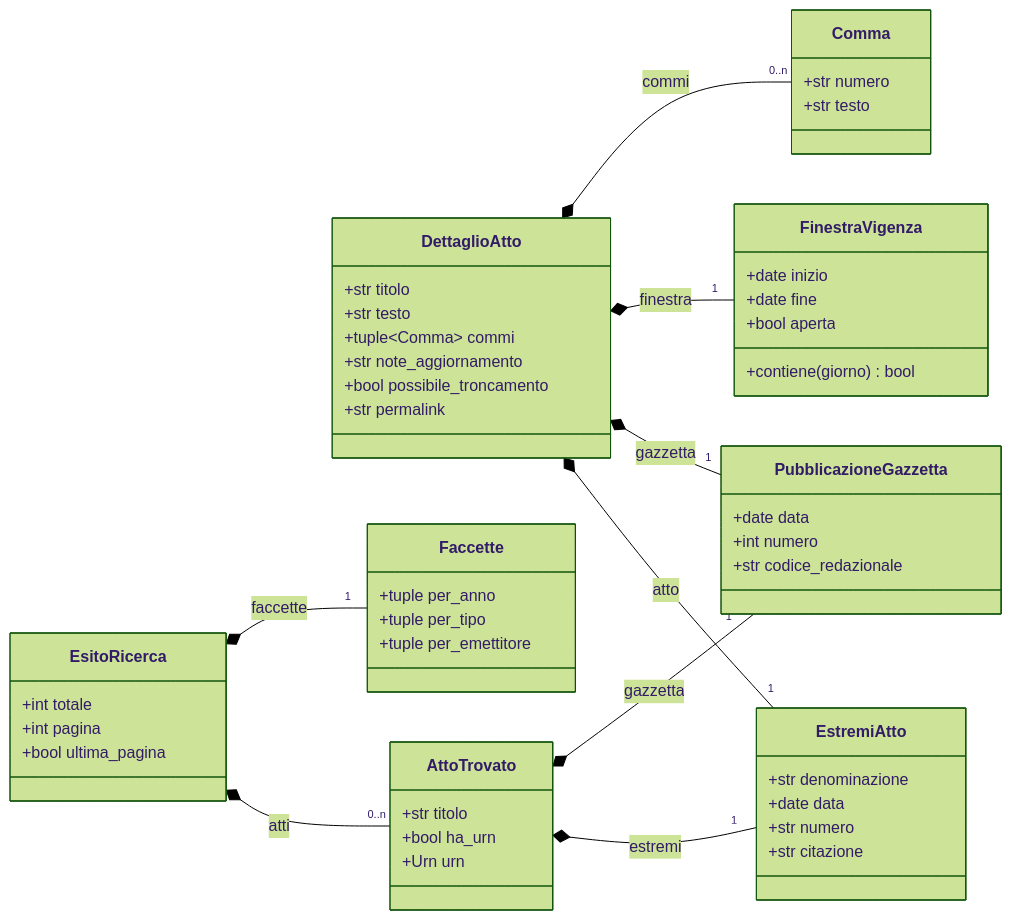
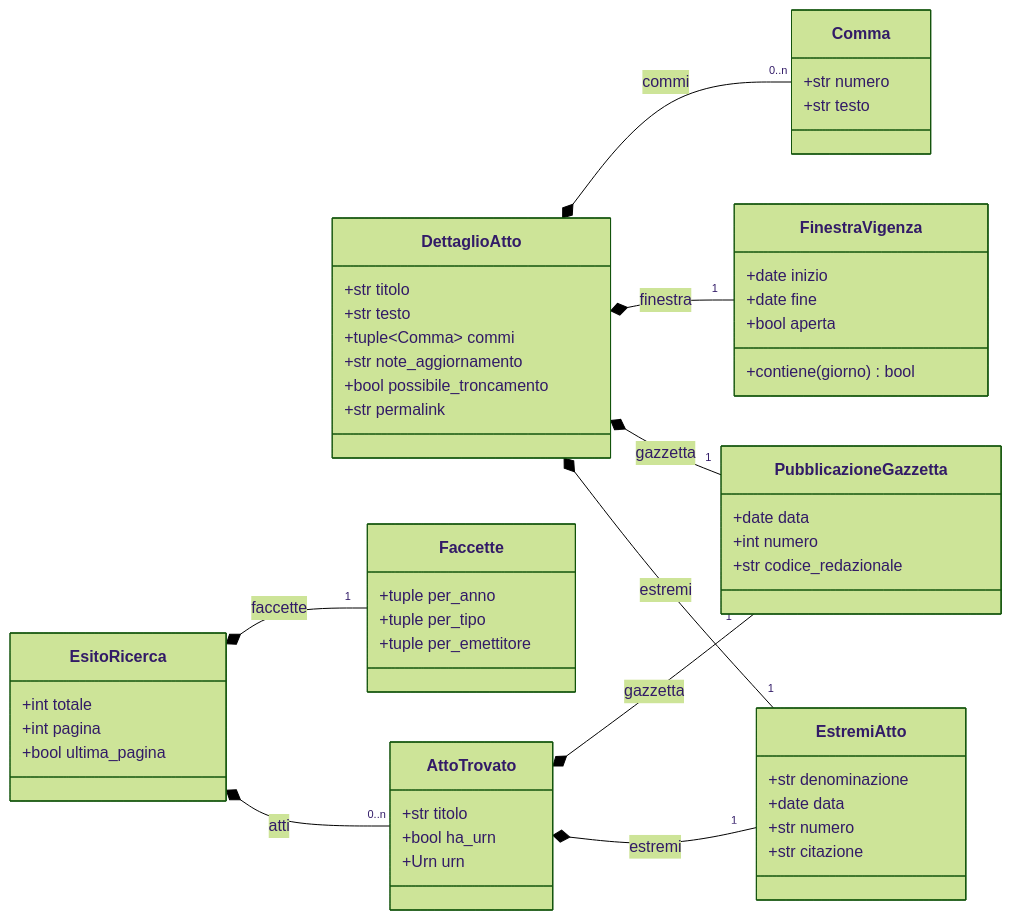
Before and after one commit to IreneBurresi/normattiva-sdk: the first of 2 diagrams in docs/riferimento/modelli.md, drawn with Mermaid (forest theme). The commit also changed 10 other files, not shown here.

First line of the commit message:
refactor(modelli): rinomina atto in estremi su DettaglioAtto

````diff
--- a/docs/riferimento/modelli.md
+++ b/docs/riferimento/modelli.md
@@ -21,57 +21,57 @@
 ```mermaid
 classDiagram
     direction LR
     class DettaglioAtto {
         +str titolo
         +str testo
         +tuple~Comma~ commi
         +str note_aggiornamento
         +bool possibile_troncamento
         +str permalink
     }
     class EstremiAtto {
         +str denominazione
         +date data
         +str numero
         +str citazione
     }
     class PubblicazioneGazzetta {
         +date data
         +int numero
         +str codice_redazionale
     }
     class FinestraVigenza {
         +date inizio
         +date fine
         +bool aperta
         +contiene(giorno) bool
     }
     class Comma {
         +str numero
         +str testo
     }
     class EsitoRicerca {
         +int totale
         +int pagina
         +bool ultima_pagina
     }
     class AttoTrovato {
         +str titolo
         +bool ha_urn
         +Urn urn
     }
     class Faccette {
         +tuple per_anno
         +tuple per_tipo
         +tuple per_emettitore
     }
 
-    DettaglioAtto *-- "1" EstremiAtto : atto
+    DettaglioAtto *-- "1" EstremiAtto : estremi
     DettaglioAtto *-- "1" PubblicazioneGazzetta : gazzetta
     DettaglioAtto *-- "1" FinestraVigenza : finestra
     DettaglioAtto *-- "0..n" Comma : commi
     EsitoRicerca *-- "0..n" AttoTrovato : atti
     EsitoRicerca *-- "1" Faccette : faccette
     AttoTrovato *-- "1" EstremiAtto : estremi
     AttoTrovato *-- "1" PubblicazioneGazzetta : gazzetta
 ```
````
